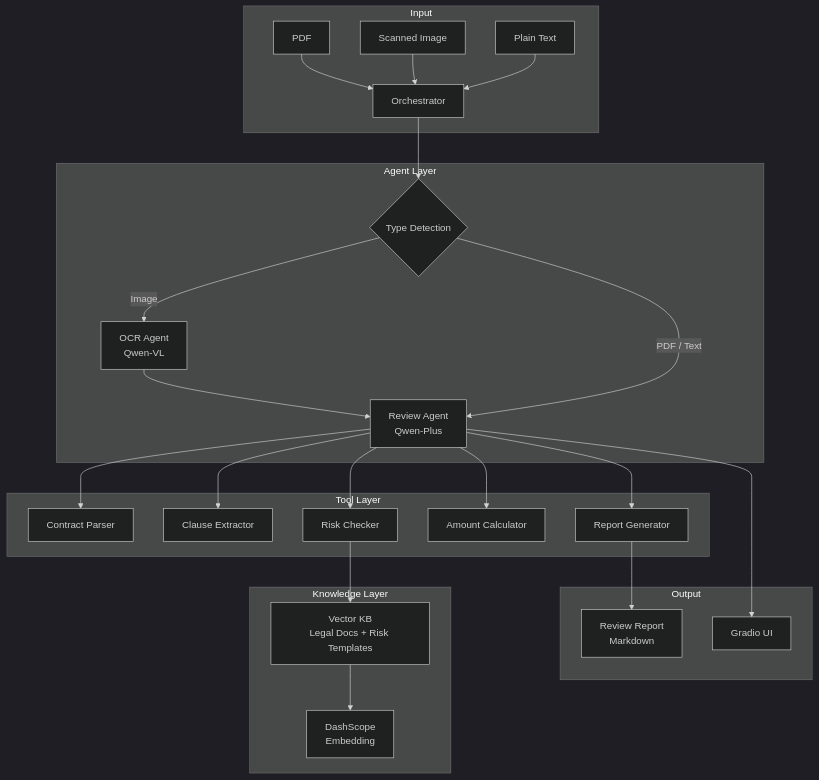
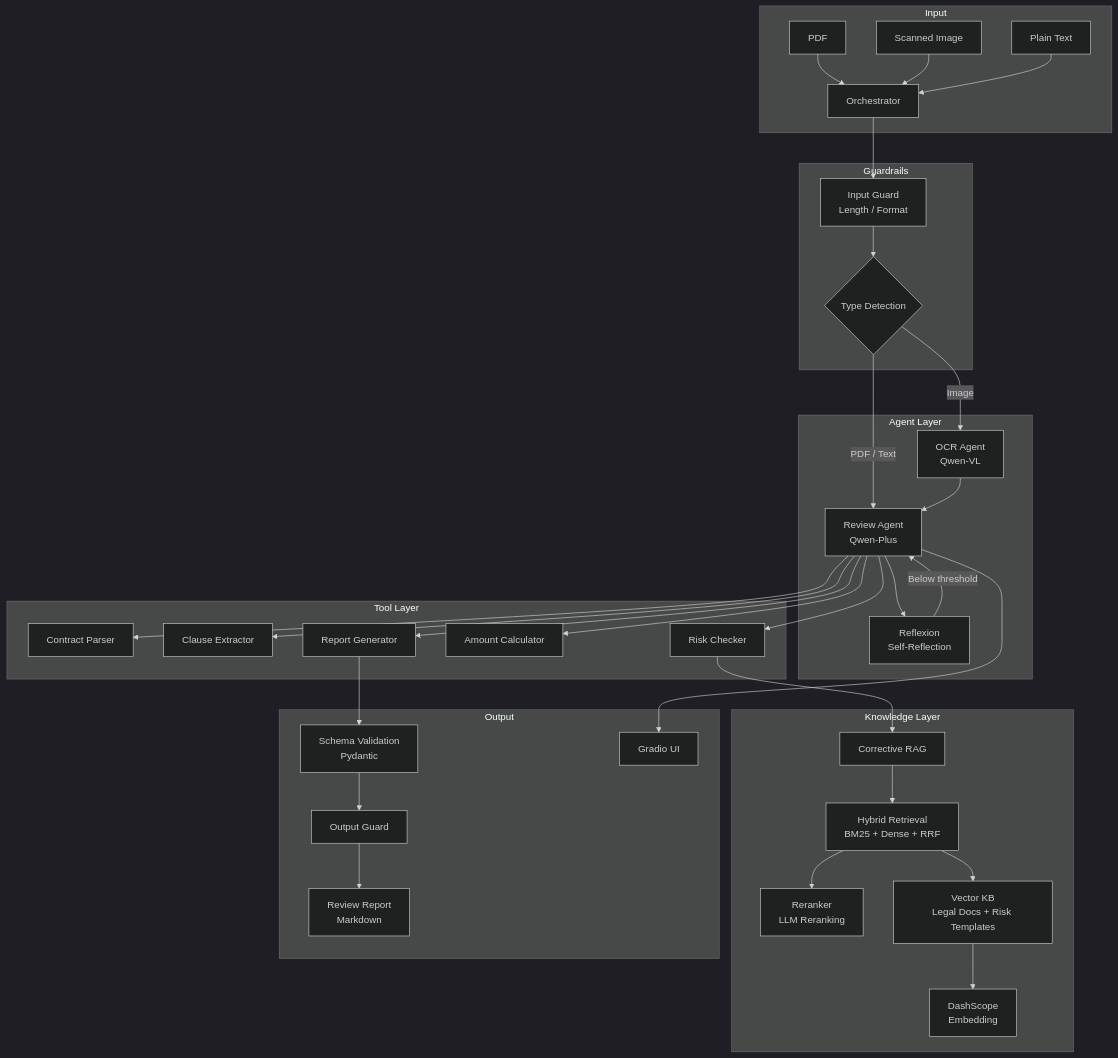
One commit to KevinBangbang/qianwen-contract-agent changed the diagram in README_EN.md. Above: the diagram before and after it, drawn with Mermaid (dark theme). The commit also changed other lines of this file and 12 other files, not shown here.

````diff
--- a/README_EN.md
+++ b/README_EN.md
@@ -9,33 +9,44 @@
 ```mermaid
 graph TB
     subgraph Input
         A[PDF] --> D[Orchestrator]
         B[Scanned Image] --> D
         C[Plain Text] --> D
     end
 
+    subgraph Guardrails
+        D --> G1[Input Guard<br/>Length / Format]
+        G1 --> E{Type Detection}
+    end
+
     subgraph Agent Layer
-        D --> E{Type Detection}
         E -->|Image| F[OCR Agent<br/>Qwen-VL]
         E -->|PDF / Text| G[Review Agent<br/>Qwen-Plus]
         F --> G
+        G --> REF[Reflexion<br/>Self-Reflection]
+        REF -->|Below threshold| G
     end
 
     subgraph Tool Layer
         G --> H[Contract Parser]
         G --> I[Clause Extractor]
         G --> J[Risk Checker]
         G --> K[Amount Calculator]
         G --> L[Report Generator]
     end
 
     subgraph Knowledge Layer
-        J --> M[Vector KB<br/>Legal Docs + Risk Templates]
+        J --> CRAG[Corrective RAG]
+        CRAG --> HYB[Hybrid Retrieval<br/>BM25 + Dense + RRF]
+        HYB --> RR[Reranker<br/>LLM Reranking]
+        HYB --> M[Vector KB<br/>Legal Docs + Risk Templates]
         M --> N[DashScope<br/>Embedding]
     end
 
     subgraph Output
-        L --> O[Review Report<br/>Markdown]
+        L --> VAL[Schema Validation<br/>Pydantic]
+        VAL --> G2[Output Guard]
+        G2 --> O[Review Report<br/>Markdown]
         G --> P[Gradio UI]
     end
 ```
````
